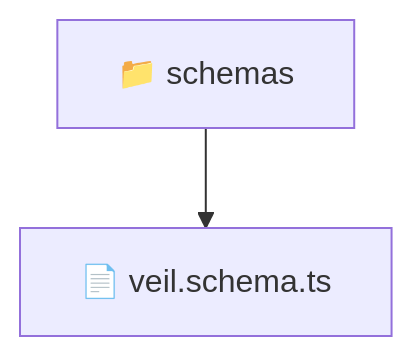
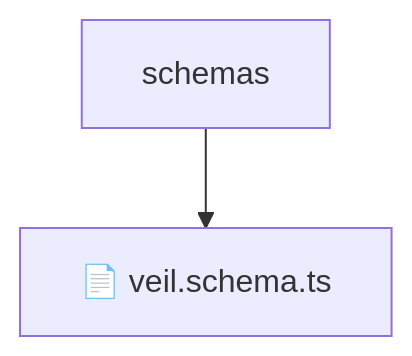
One commit to beginwebdev2002/fullstack-mavluda changed the diagram in backend/src/modules/veil/infrastructure/schemas/README.md. Above: the diagram before and after it, drawn with Mermaid. The commit also changed other lines of this file and 155 other files, not shown here.

````diff
--- a/backend/src/modules/veil/infrastructure/schemas/README.md
+++ b/backend/src/modules/veil/infrastructure/schemas/README.md
@@ -10,5 +14,5 @@
 ```mermaid
 graph TD
-  Root["📁 schemas"]
-  Root --> veilschemats["📄 veil.schema.ts"]
+    Root[schemas]
+    Root --> F0[📄 veil.schema.ts]
 ```
````
